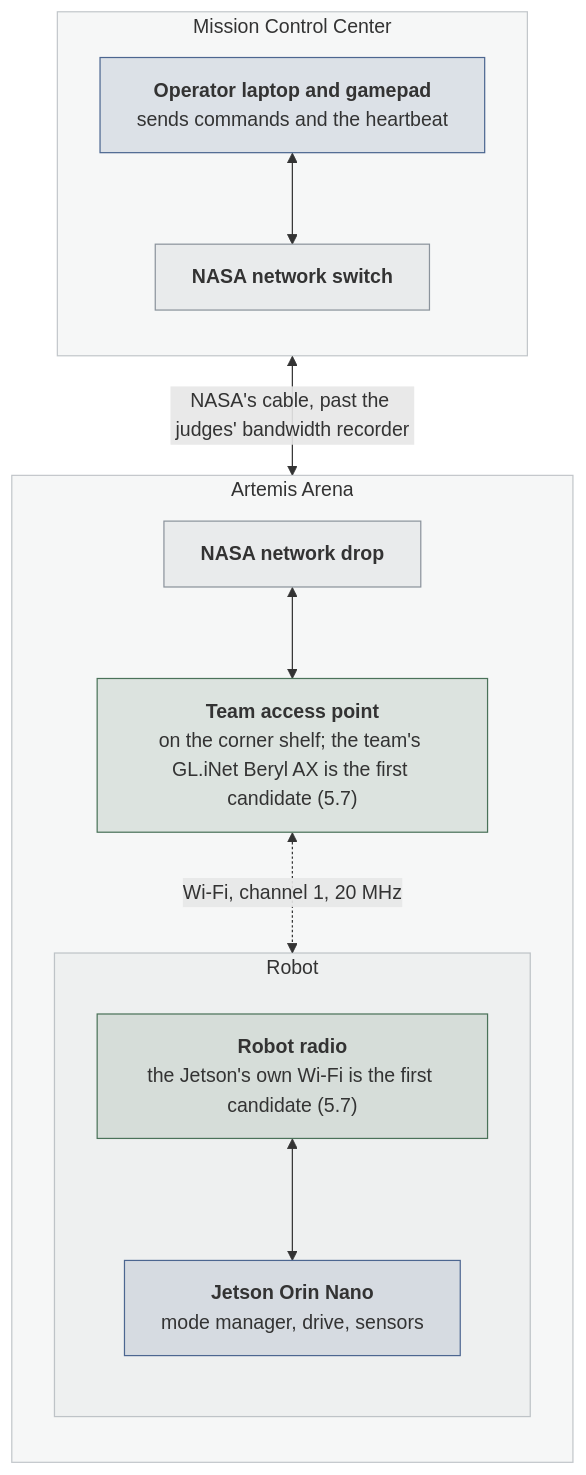
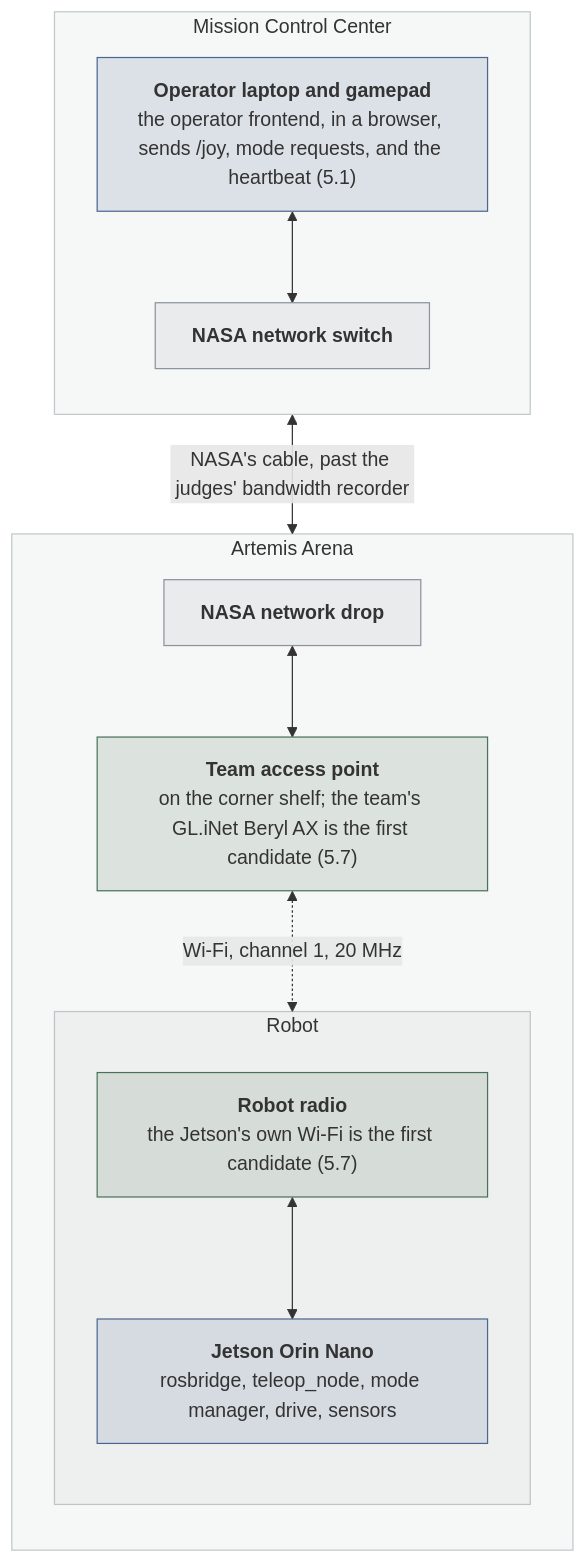
Before and after one commit to STAR-Robotics-Team/starrt-luna-software: the second of 2 diagrams in docs/design/system.md, drawn with Mermaid. The commit also changed other lines of this file and 3 other files, not shown here.

First line of the commit message:
Match the design docs to the rosbridge operator station

````diff
--- a/docs/design/system.md
+++ b/docs/design/system.md
@@ -202,35 +202,35 @@
 ```mermaid
 ---
 config:
   flowchart:
     wrappingWidth: 260
 ---
 flowchart TB
   subgraph mcc["Mission Control Center"]
     direction TB
     laptop["`**Operator laptop and gamepad**
-sends commands and the heartbeat`"] <--> sw["`**NASA network switch**`"]
+the operator frontend, in a browser, sends /joy, mode requests, and the heartbeat (5.1)`"] <--> sw["`**NASA network switch**`"]
   end
   subgraph arena["Artemis Arena"]
     direction TB
     drop["`**NASA network drop**`"] <--> ap["`**Team access point**
 on the corner shelf; the team's GL.iNet Beryl AX is the first candidate (5.7)`"]
     subgraph robot["Robot"]
       direction TB
       radio["`**Robot radio**
 the Jetson's own Wi-Fi is the first candidate (5.7)`"] <--> jetson["`**Jetson Orin Nano**
-mode manager, drive, sensors`"]
+rosbridge, teleop_node, mode manager, drive, sensors`"]
     end
   end
   ap <-. "Wi-Fi, channel 1, 20 MHz" .-> robot
   mcc <-- "NASA's cable, past the judges' bandwidth recorder" --> arena
   classDef ours fill:#4c669026,stroke:#4c6690
   classDef nasa fill:#8b939c1f,stroke:#8b939c
   classDef hw fill:#4a725926,stroke:#4a7259
   class laptop,jetson ours
   class sw,drop nasa
   class ap,radio hw
   style mcc fill:#8b939c14,stroke:#8b939c80
   style arena fill:#8b939c14,stroke:#8b939c80
   style robot fill:#8b939c14,stroke:#8b939c80
 ```
````
